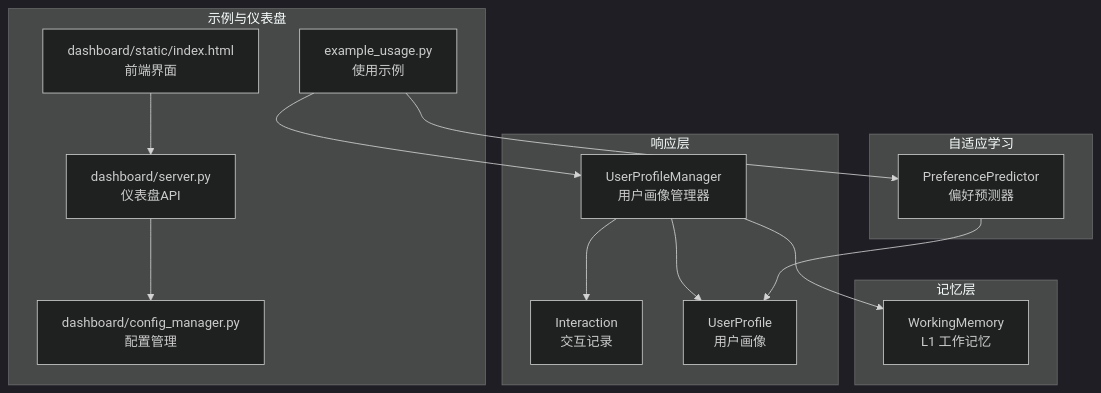
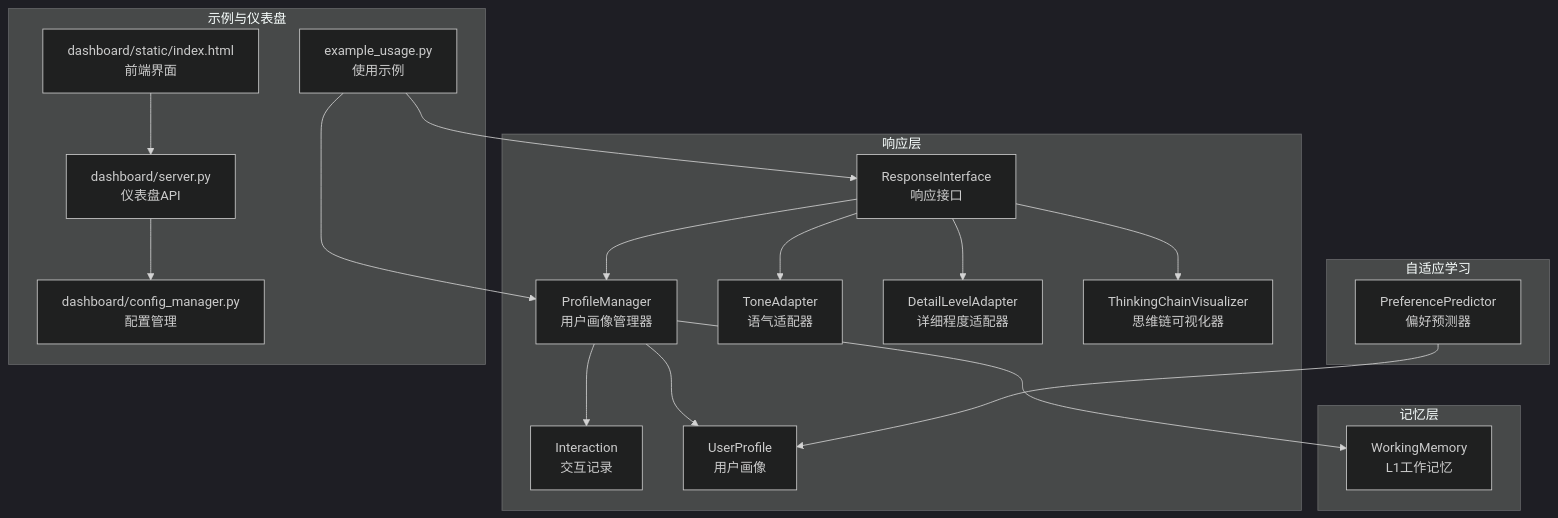
Before and after one commit to JieGaoPrinceton/NecoRAG: the first of 6 diagrams in .qoder/repowiki/zh/content/交互层模块/用户画像管理.md, drawn with Mermaid (dark theme). The commit also changed other lines of this file and 12 other files, not shown here.

````diff
--- a/.qoder/repowiki/zh/content/交互层模块/用户画像管理.md
+++ b/.qoder/repowiki/zh/content/交互层模块/用户画像管理.md
@@ -39,28 +47,36 @@
 ```mermaid
 graph TB
 subgraph "响应层"
-PM["UserProfileManager<br/>用户画像管理器"]
+PM["ProfileManager<br/>用户画像管理器"]
 IM["Interaction<br/>交互记录"]
 UP["UserProfile<br/>用户画像"]
+RI["ResponseInterface<br/>响应接口"]
+TA["ToneAdapter<br/>语气适配器"]
+DLA["DetailLevelAdapter<br/>详细程度适配器"]
+TV["ThinkingChainVisualizer<br/>思维链可视化器"]
 end
 subgraph "记忆层"
-WM["WorkingMemory<br/>L1 工作记忆"]
+WM["WorkingMemory<br/>L1工作记忆"]
 end
 subgraph "自适应学习"
 PP["PreferencePredictor<br/>偏好预测器"]
 end
 subgraph "示例与仪表盘"
 EX["example_usage.py<br/>使用示例"]
 DS["dashboard/server.py<br/>仪表盘API"]
 DC["dashboard/config_manager.py<br/>配置管理"]
 DH["dashboard/static/index.html<br/>前端界面"]
 end
+RI --> PM
+RI --> TA
+RI --> DLA
+RI --> TV
 PM --> WM
 PM --> IM
 PM --> UP
 PP --> UP
+EX --> RI
 EX --> PM
-EX --> PP
 DS --> DC
 DH --> DS
 ```
````
